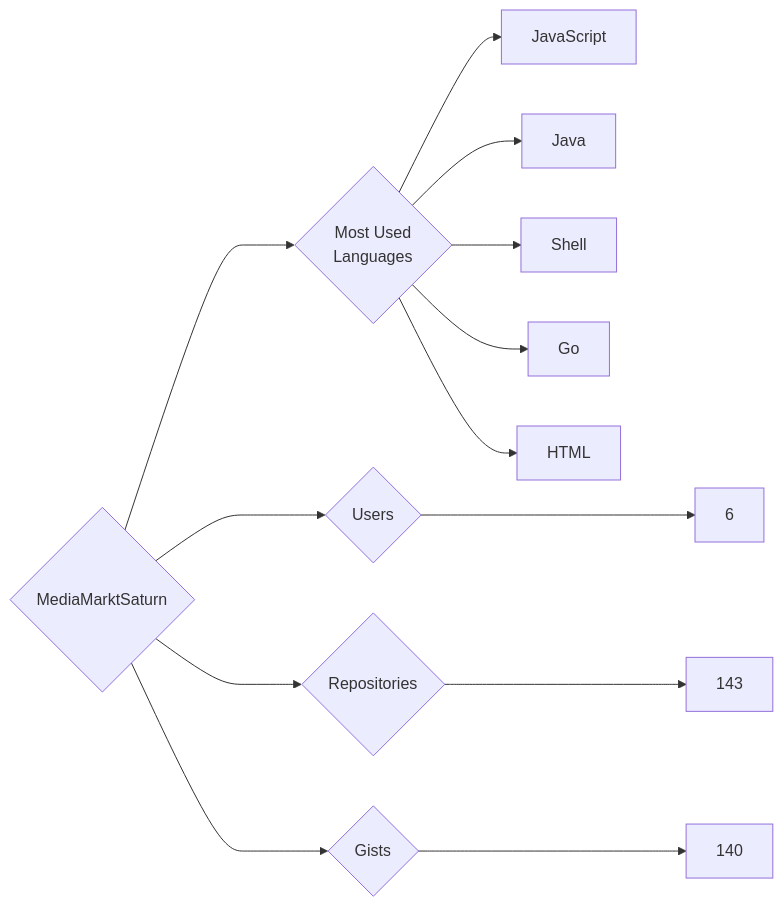
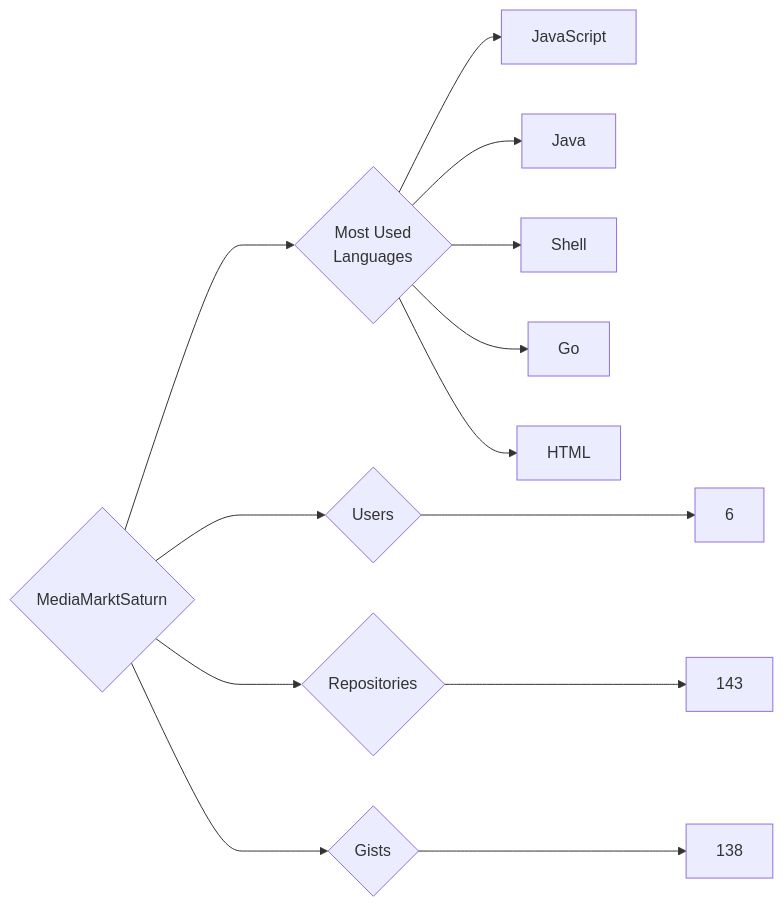
The diagram in targets/MediaMarktSaturn/README.md (trickest/insiders), drawn with Mermaid before and after one commit. The commit also changed 878 other files, not shown here.

````diff
--- a/targets/MediaMarktSaturn/README.md
+++ b/targets/MediaMarktSaturn/README.md
@@ -3,13 +3,13 @@
 ```mermaid
 graph LR
 COMPANY_NAME{MediaMarktSaturn}
 COMPANY_NAME ---> U{Users} ---> UN[6]
 COMPANY_NAME ---> R{Repositories} ---> RN[143]
-COMPANY_NAME ---> G{Gists} ---> GN[140]
+COMPANY_NAME ---> G{Gists} ---> GN[138]
 COMPANY_NAME ---> ML{Most Used<br>Languages}
 ML --> JavaScript[JavaScript]
 ML --> Java[Java]
 ML --> Shell[Shell]
 ML --> Go[Go]
 ML --> HTML[HTML]
 ```
````
